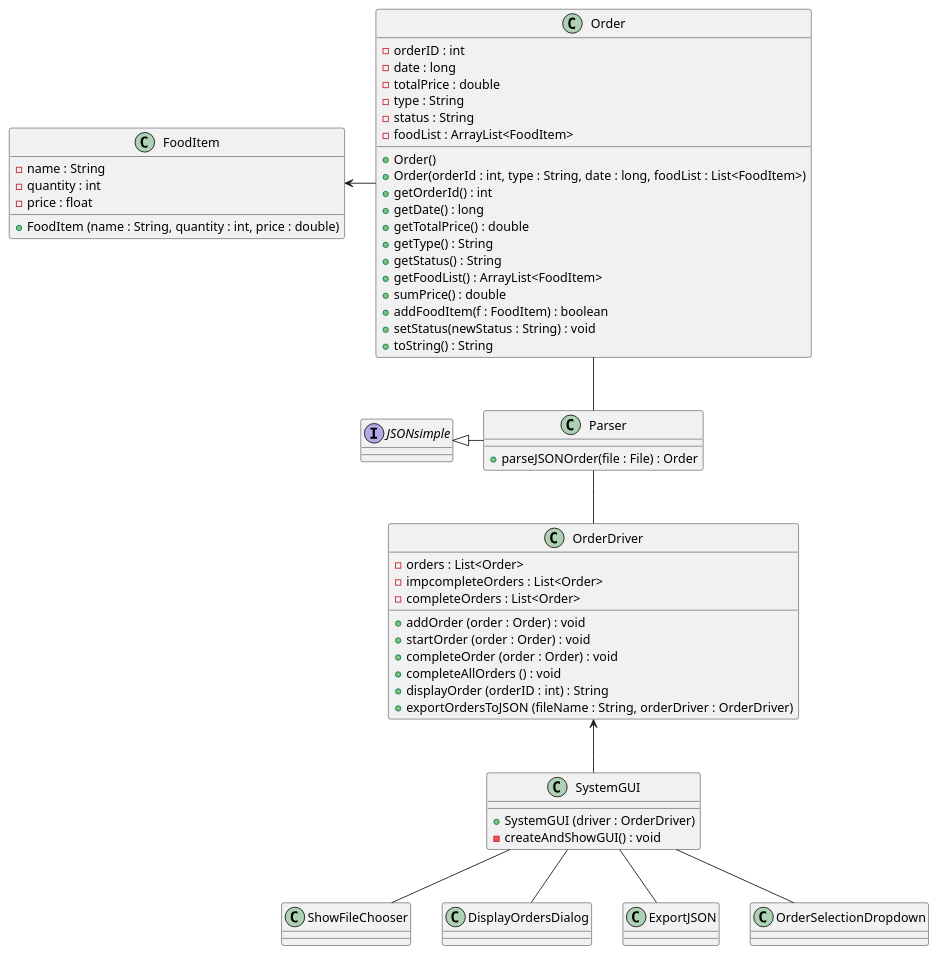
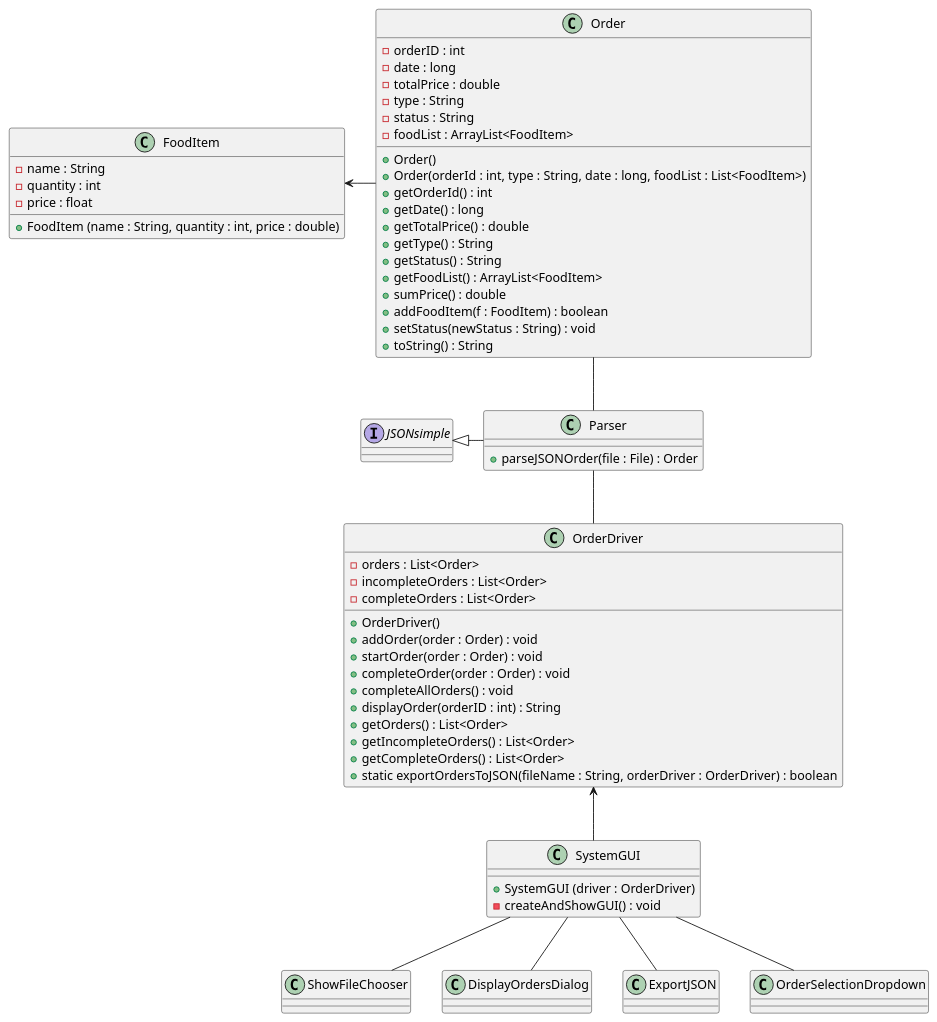
The diagram in code/src/main/java/Design/ClassUMLDiagram.puml (aidanmahl/372GroupProject), drawn with PlantUML before and after one commit.

Commit message:
Editing OrderDriver.

```diff
--- a/code/src/main/java/Design/ClassUMLDiagram.puml
+++ b/code/src/main/java/Design/ClassUMLDiagram.puml
@@ -1,86 +1,90 @@
 @startuml
 'https://plantuml.com/class-diagram
 
 class Parser
 class FoodItem
 class Order
 class OrderDriver
 
 class SystemGUI
 class ShowFileChooser
 class DisplayOrdersDialog
 class ExportJSON
 class OrderSelectionDropdown
 
 interface JSONsimple
 
 
 JSONsimple <|- Parser
 Order -- Parser
 FoodItem <- Order
 Parser -- OrderDriver
 
 OrderDriver <-- SystemGUI
 
 SystemGUI -- ShowFileChooser
 SystemGUI -- DisplayOrdersDialog
 SystemGUI -- ExportJSON
 SystemGUI -- OrderSelectionDropdown
 
 class FoodItem {
 - name : String
 - quantity : int
 - price : float
 
 + FoodItem (name : String, quantity : int, price : double)
 }
 
 class Order {
 - orderID : int
 - date : long
 - totalPrice : double
 - type : String
 - status : String
 - foodList : ArrayList<FoodItem>
 
 + Order()
 + Order(orderId : int, type : String, date : long, foodList : List<FoodItem>)
 + getOrderId() : int
 + getDate() : long
 + getTotalPrice() : double
 + getType() : String
 + getStatus() : String
 + getFoodList() : ArrayList<FoodItem>
 + sumPrice() : double
 + addFoodItem(f : FoodItem) : boolean
 + setStatus(newStatus : String) : void
 + toString() : String
 }
 
 class Parser {
 + parseJSONOrder(file : File) : Order
 }
 
 class OrderDriver {
 - orders : List<Order>
-- impcompleteOrders : List<Order>
+- incompleteOrders : List<Order>
 - completeOrders : List<Order>
 
-+ addOrder (order : Order) : void
-+ startOrder (order : Order) : void
-+ completeOrder (order : Order) : void
-+ completeAllOrders () : void
-+ displayOrder (orderID : int) : String
-+ exportOrdersToJSON (fileName : String, orderDriver : OrderDriver)
++ OrderDriver()
++ addOrder(order : Order) : void
++ startOrder(order : Order) : void
++ completeOrder(order : Order) : void
++ completeAllOrders() : void
++ displayOrder(orderID : int) : String
++ getOrders() : List<Order>
++ getIncompleteOrders() : List<Order>
++ getCompleteOrders() : List<Order>
++ static exportOrdersToJSON(fileName : String, orderDriver : OrderDriver) : boolean
 }
 
 class SystemGUI {
 + SystemGUI (driver : OrderDriver)
 - createAndShowGUI() : void
 }
 
 class ShowFileChooser {
 
 }
 
 @enduml
```
